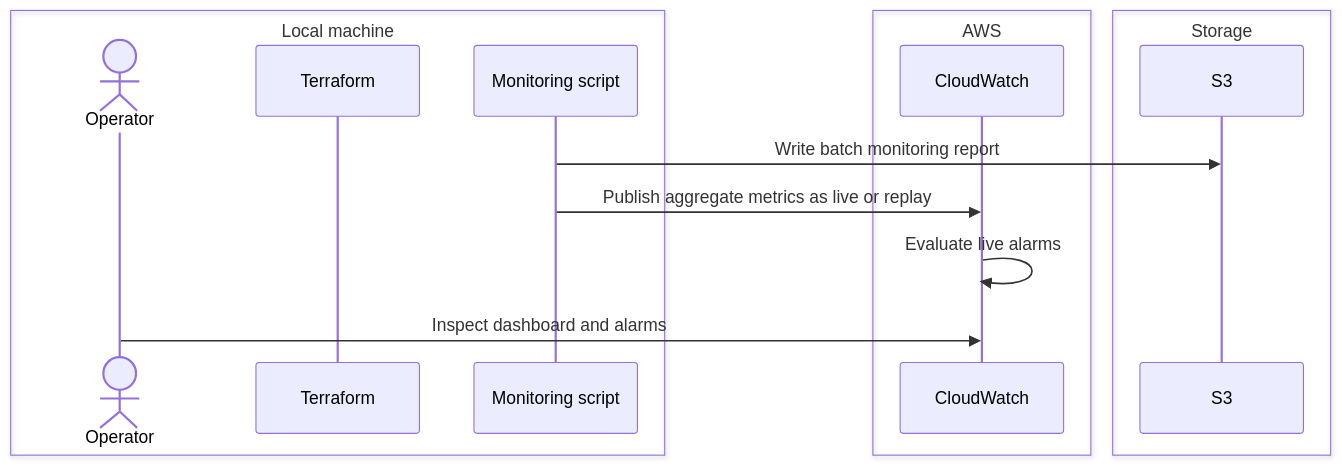
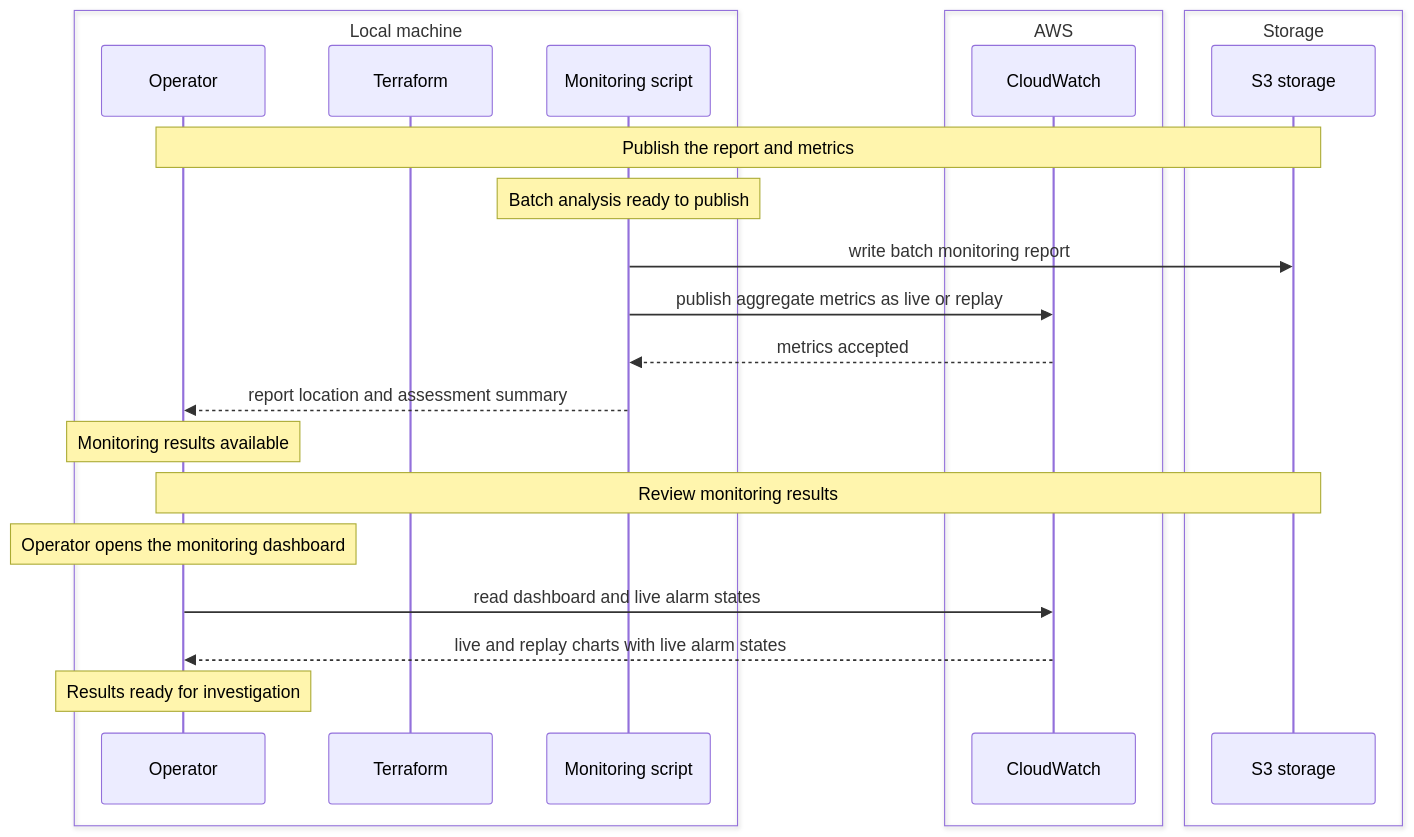
Before and after one commit to MaximeBoulat/customer-churn-pipeline: the diagram in Documentation/Pipeline/Children/Monitoring/Resources/SequenceDiagram_Action_3.md, drawn with Mermaid. The commit also changed 3 other files, not shown here.

````diff
--- a/Documentation/Pipeline/Children/Monitoring/Resources/SequenceDiagram_Action_3.md
+++ b/Documentation/Pipeline/Children/Monitoring/Resources/SequenceDiagram_Action_3.md
@@ -1,18 +1,27 @@
 ```mermaid
 sequenceDiagram
     box Local machine
-        actor Operator
+        participant Operator
         participant Terraform
         participant Monitor as Monitoring script
     end
     box AWS
         participant CW as CloudWatch
     end
     box Storage
-        participant S3
+        participant S3 as S3 storage
     end
-    Monitor->>S3: Write batch monitoring report
-    Monitor->>CW: Publish aggregate metrics as live or replay
-    CW->>CW: Evaluate live alarms
-    Operator->>CW: Inspect dashboard and alarms
+    Note over Operator,S3: Publish the report and metrics
+    Note over Monitor: Batch analysis ready to publish
+    Monitor->>S3: write batch monitoring report
+    Monitor->>CW: publish aggregate metrics as live or replay
+    CW-->>Monitor: metrics accepted
+    Monitor-->>Operator: report location and assessment summary
+    Note over Operator: Monitoring results available
+
+    Note over Operator,S3: Review monitoring results
+    Note over Operator: Operator opens the monitoring dashboard
+    Operator->>CW: read dashboard and live alarm states
+    CW-->>Operator: live and replay charts with live alarm states
+    Note over Operator: Results ready for investigation
 ```
````
